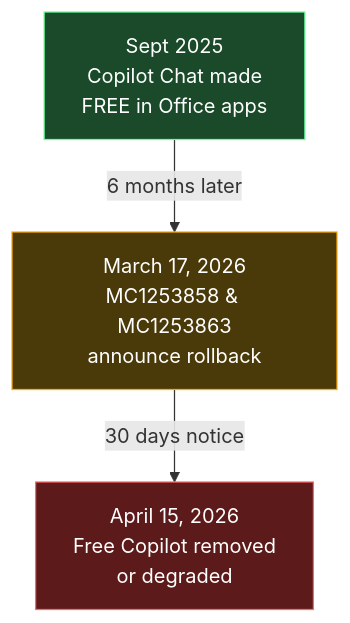
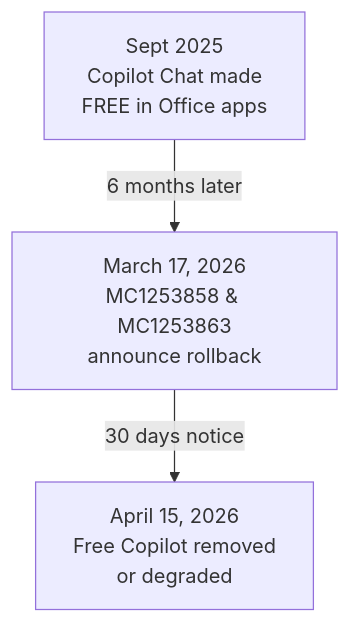
One commit to susanthgit/aguidetocloud-revamp changed the first of 4 diagrams in content/blog/microsoft-365-copilot-chat-april-2026-changes-what-admins-need-to-know.md. Above: the diagram before and after it, drawn with Mermaid. The commit also changed other lines of this file and 553 other files, not shown here.

First line of the commit message:
🌸 Z17: Zen Mermaid diagrams — Stripe Docs style

````diff
--- a/content/blog/microsoft-365-copilot-chat-april-2026-changes-what-admins-need-to-know.md
+++ b/content/blog/microsoft-365-copilot-chat-april-2026-changes-what-admins-need-to-know.md
@@ -63,8 +63,5 @@
 ```mermaid
 flowchart TD
     A["Sept 2025<br/>Copilot Chat made<br/>FREE in Office apps"] -->|"6 months later"| B["March 17, 2026<br/>MC1253858 & MC1253863<br/>announce rollback"]
     B -->|"30 days notice"| C["April 15, 2026<br/>Free Copilot removed<br/>or degraded"]
-    style A fill:#1a4a2a,stroke:#66ff99,color:#ffffff
-    style B fill:#4a3a0a,stroke:#ffaa00,color:#ffffff
-    style C fill:#5c1a1a,stroke:#ff6666,color:#ffffff
 ```
````
